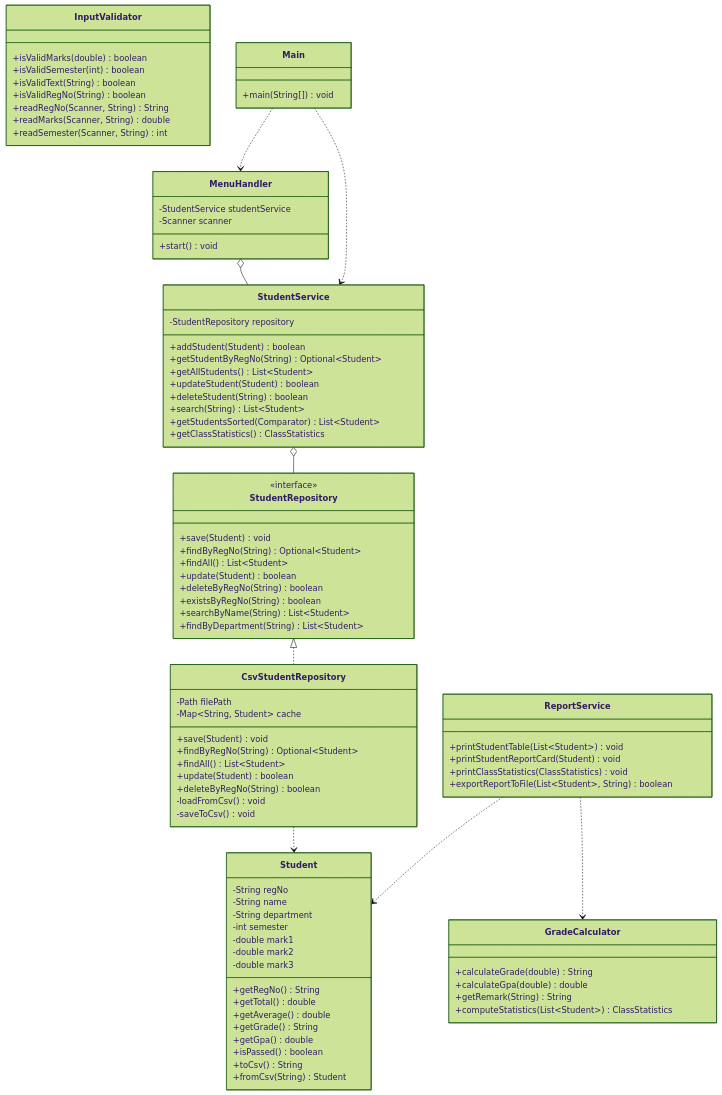
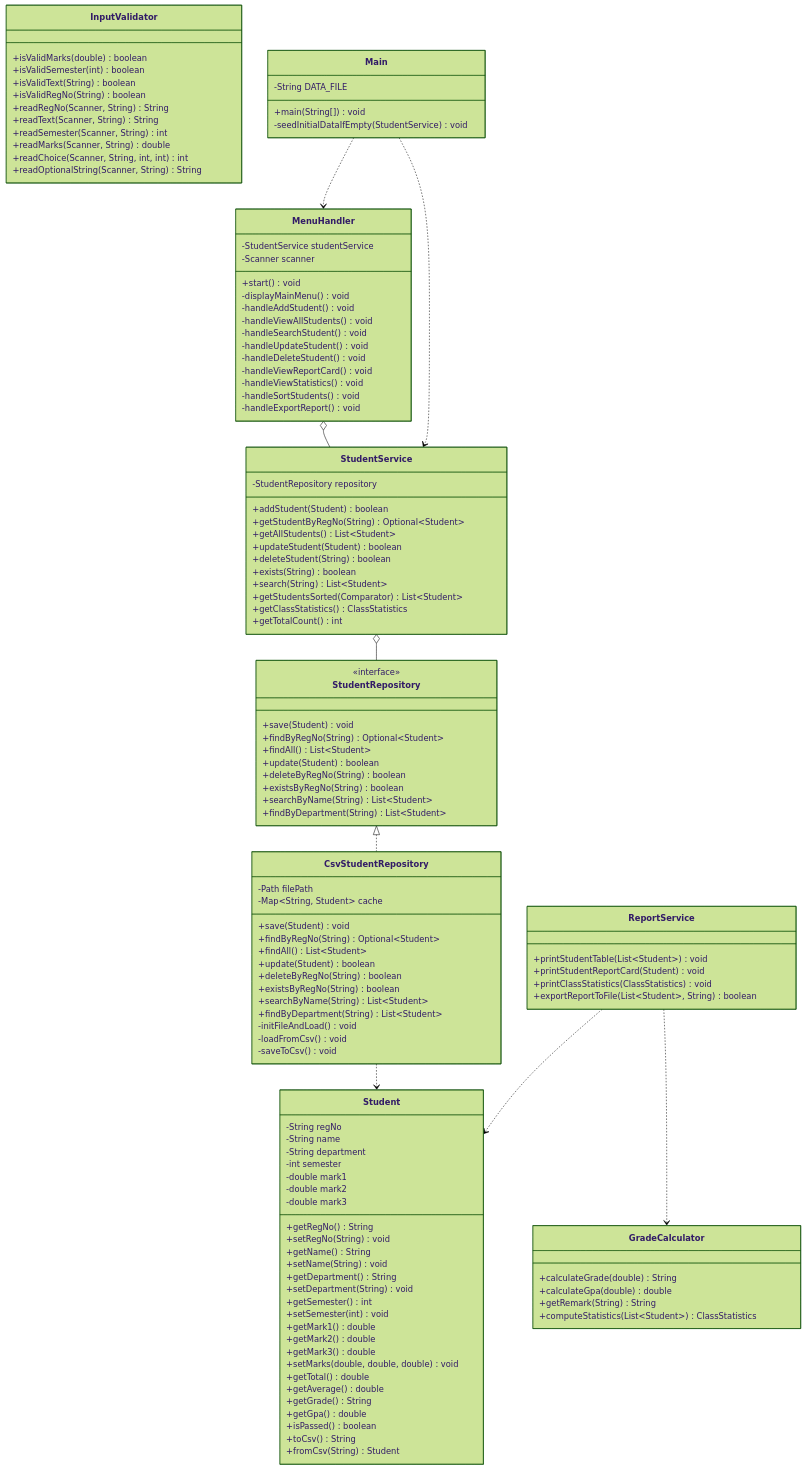
One commit to darkish7/studentmanagement changed the fourth of 5 diagrams in doc/PROJECT_REPORT.md. Above: the diagram before and after it, drawn with Mermaid (forest theme). The commit also changed other lines of this file, not shown here.

Commit message:
Update PROJECT_REPORT.md, README.md, and statement.md to match exact current project configuration

```diff
--- a/doc/PROJECT_REPORT.md
+++ b/doc/PROJECT_REPORT.md
@@ -204,6 +205,17 @@
         -double mark2
         -double mark3
         +getRegNo() String
+        +setRegNo(String) void
+        +getName() String
+        +setName(String) void
+        +getDepartment() String
+        +setDepartment(String) void
+        +getSemester() int
+        +setSemester(int) void
+        +getMark1() double
+        +getMark2() double
+        +getMark3() double
+        +setMarks(double, double, double) void
         +getTotal() double
         +getAverage() double
         +getGrade() String
@@ -233,6 +245,10 @@
         +findAll() List~Student~
         +update(Student) boolean
         +deleteByRegNo(String) boolean
+        +existsByRegNo(String) boolean
+        +searchByName(String) List~Student~
+        +findByDepartment(String) List~Student~
+        -initFileAndLoad() void
         -loadFromCsv() void
         -saveToCsv() void
     }
@@ -244,9 +260,11 @@
         +getAllStudents() List~Student~
         +updateStudent(Student) boolean
         +deleteStudent(String) boolean
+        +exists(String) boolean
         +search(String) List~Student~
         +getStudentsSorted(Comparator) List~Student~
         +getClassStatistics() ClassStatistics
+        +getTotalCount() int
     }
 
     class GradeCalculator {
@@ -262,8 +280,11 @@
         +isValidText(String) boolean
         +isValidRegNo(String) boolean
         +readRegNo(Scanner, String) String
+        +readText(Scanner, String) String
+        +readSemester(Scanner, String) int
         +readMarks(Scanner, String) double
-        +readSemester(Scanner, String) int
+        +readChoice(Scanner, String, int, int) int
+        +readOptionalString(Scanner, String) String
     }
 
     class ReportService {
@@ -277,10 +298,22 @@
         -StudentService studentService
         -Scanner scanner
         +start() void
+        -displayMainMenu() void
+        -handleAddStudent() void
+        -handleViewAllStudents() void
+        -handleSearchStudent() void
+        -handleUpdateStudent() void
+        -handleDeleteStudent() void
+        -handleViewReportCard() void
+        -handleViewStatistics() void
+        -handleSortStudents() void
+        -handleExportReport() void
     }
 
     class Main {
+        -String DATA_FILE
         +main(String[]) void
+        -seedInitialDataIfEmpty(StudentService) void
     }
 
     StudentRepository <|.. CsvStudentRepository
```
